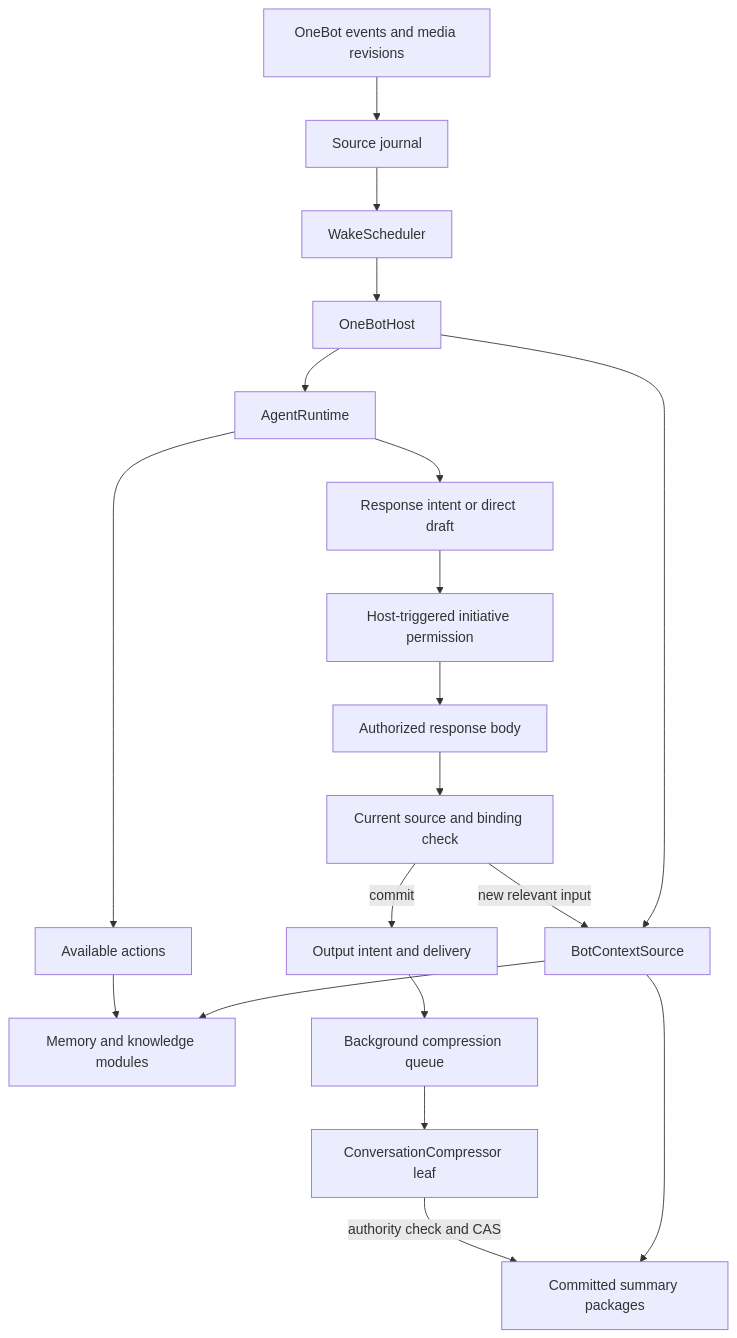
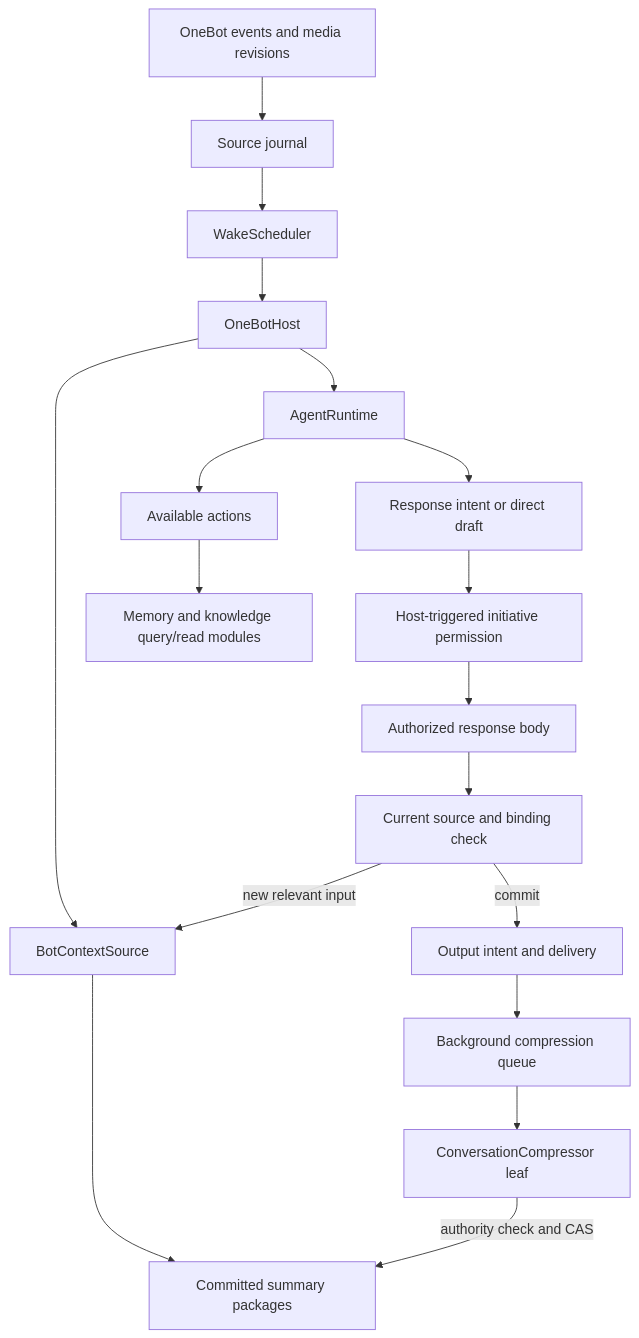
One commit to Verdspair/superstring changed the diagram in docs/architecture/bot-context.md. Above: the diagram before and after it, drawn with Mermaid. The commit also changed other lines of this file and 49 other files, not shown here.

```diff
--- a/docs/architecture/bot-context.md
+++ b/docs/architecture/bot-context.md
@@ -5,21 +5,20 @@
 ~~~mermaid
 flowchart TD
   Input[OneBot events and media revisions] --> Journal[Source journal]
   Journal --> Wake[WakeScheduler]
   Wake --> Host[OneBotHost]
   Host --> Context[BotContextSource]
-  Context --> Modules[Memory and knowledge modules]
   Context --> Packages[Committed summary packages]
   Host --> Runtime[AgentRuntime]
   Runtime --> Action[Available actions]
-  Action --> Modules
+  Action --> Modules[Memory and knowledge query/read modules]
   Runtime --> Draft[Response intent or direct draft]
   Draft --> Permit[Host-triggered initiative permission]
   Permit --> Body[Authorized response body]
   Body --> Check[Current source and binding check]
   Check -->|new relevant input| Context
   Check -->|commit| Outbox[Output intent and delivery]
   Outbox --> Queue[Background compression queue]
   Queue --> Compress[ConversationCompressor leaf]
   Compress -->|authority check and CAS| Packages
 ~~~
```
